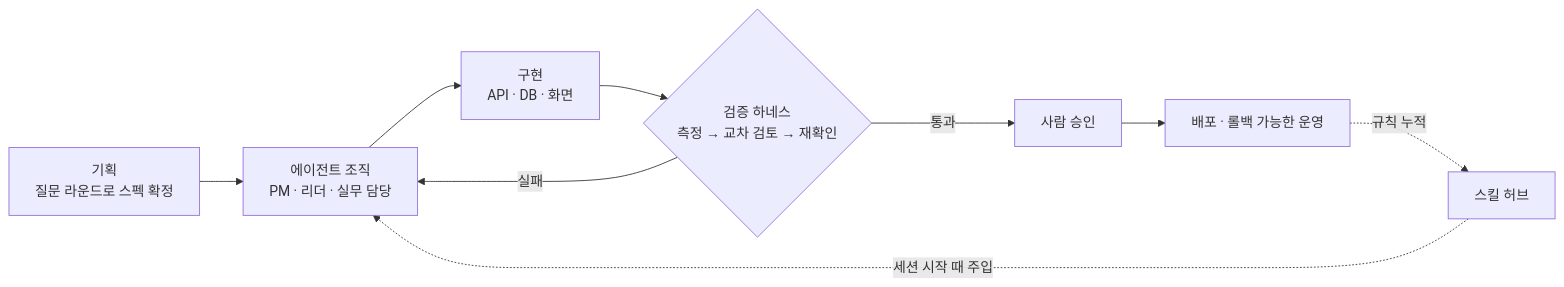
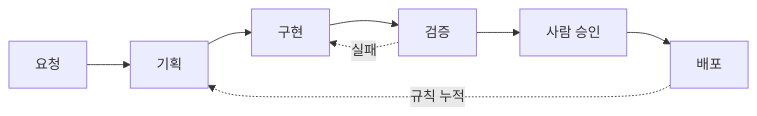
One commit to afteryoon/afteryoon changed the diagram in README.md. Above: the diagram before and after it, drawn with Mermaid. The commit also changed other lines of this file and 1 other file, not shown here.

````diff
--- a/README.md
+++ b/README.md
@@ -64,11 +78,6 @@
 ```mermaid
 flowchart LR
-    A[기획<br/>질문 라운드로 스펙 확정] --> B[에이전트 조직<br/>PM · 리더 · 실무 담당]
-    B --> C[구현<br/>API · DB · 화면]
-    C --> D{검증 하네스<br/>측정 → 교차 검토 → 재확인}
-    D -- 통과 --> E[사람 승인]
-    D -- 실패 --> B
-    E --> F[배포 · 롤백 가능한 운영]
-    F -.규칙 누적.-> G[스킬 허브]
-    G -.세션 시작 때 주입.-> B
+    A[요청] --> B[기획] --> C[구현] --> D[검증] --> E[사람 승인] --> F[배포]
+    D -. 실패 .-> C
+    F -. 규칙 누적 .-> B
 ```
````
